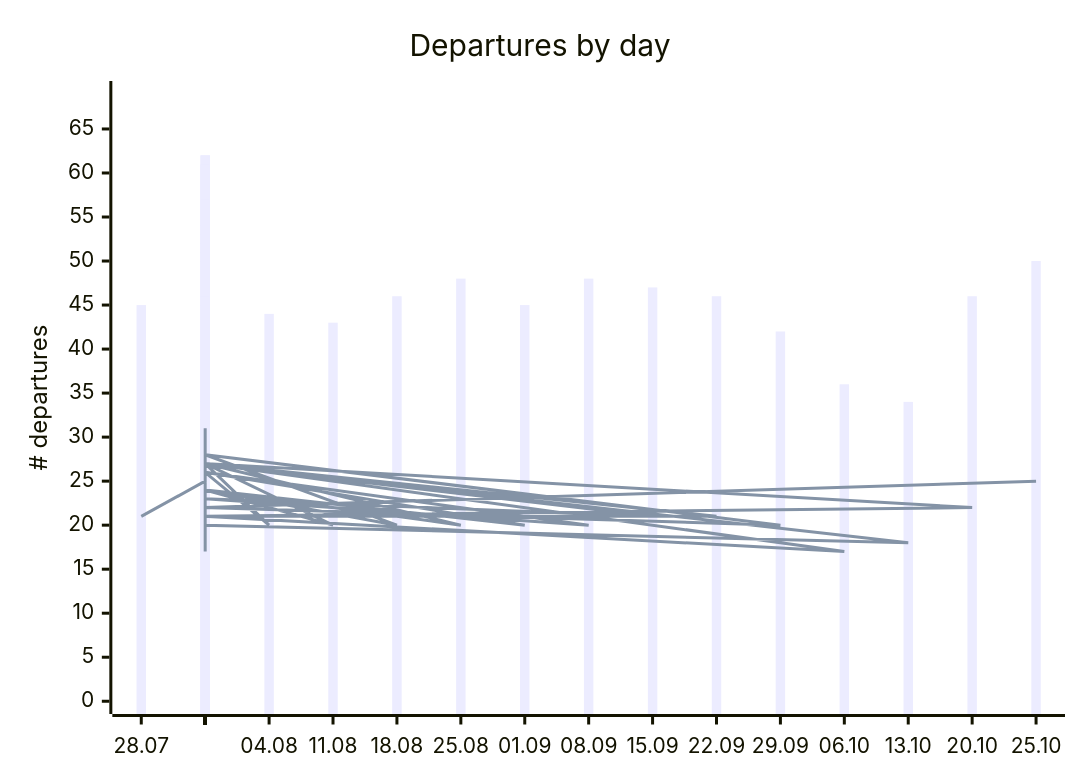
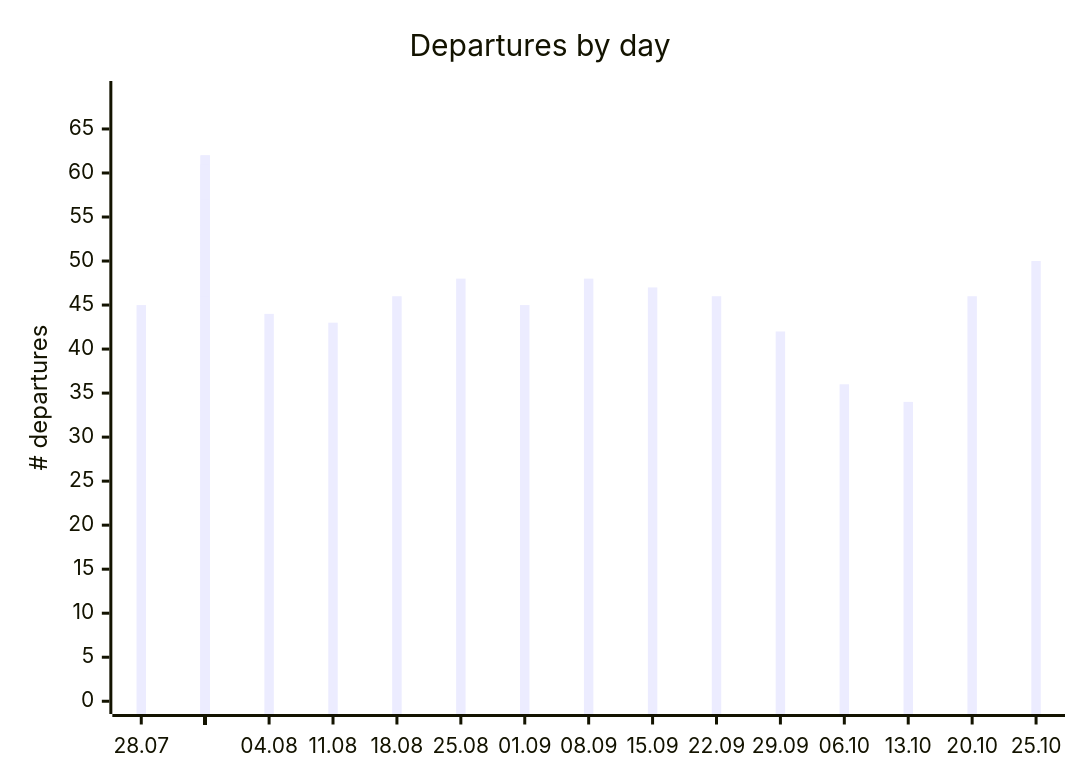
One commit to rainermesi/tll-airport-departures changed the first of 3 diagrams in README.md. Above: the diagram before and after it, drawn with Mermaid. The commit also changed other lines of this file and 5 other files, not shown here.

First line of the commit message:
Fix the destination diagram and explain each terminal hour.

````diff
--- a/README.md
+++ b/README.md
@@ -14,13 +14,12 @@
 ```mermaid
 ---
 xyChart:
     xAxis:
       labelFontSize: 8
 ---
 xychart-beta
     title "Departures by day"
     x-axis ["28.07", " ", " ", " ", " ", " ", " ", "04.08", " ", " ", " ", " ", " ", " ", "11.08", " ", " ", " ", " ", " ", " ", "18.08", " ", " ", " ", " ", " ", " ", "25.08", " ", " ", " ", " ", " ", " ", "01.09", " ", " ", " ", " ", " ", " ", "08.09", " ", " ", " ", " ", " ", " ", "15.09", " ", " ", " ", " ", " ", " ", "22.09", " ", " ", " ", " ", " ", " ", "29.09", " ", " ", " ", " ", " ", " ", "06.10", " ", " ", " ", " ", " ", " ", "13.10", " ", " ", " ", " ", " ", " ", "20.10", " ", " ", " ", " ", "25.10"]
     y-axis "# departures" 0 --> 69
     bar [45, 53, 57, 60, 42, 56, 55, 44, 50, 51, 62, 45, 57, 58, 43, 53, 54, 61, 48, 57, 60, 46, 54, 55, 60, 43, 58, 58, 48, 54, 33, 32, 34, 52, 54, 45, 54, 49, 62, 42, 56, 57, 48, 53, 52, 61, 44, 54, 56, 47, 51, 52, 59, 43, 52, 55, 46, 51, 53, 57, 40, 48, 54, 42, 46, 52, 54, 40, 48, 50, 36, 45, 46, 53, 35, 49, 50, 34, 46, 52, 58, 44, 55, 56, 46, 48, 52, 57, 46, 50]
-    line [21, 25, 26, 30, 21, 29, 27, 20, 26, 23, 31, 23, 30, 27, 20, 24, 22, 29, 23, 28, 28, 20, 24, 23, 30, 22, 29, 27, 20, 24, 17, 18, 18, 26, 26, 20, 24, 22, 29, 20, 26, 26, 20, 23, 22, 29, 21, 26, 27, 21, 23, 24, 28, 21, 27, 27, 21, 21, 23, 29, 20, 26, 28, 20, 22, 25, 29, 19, 28, 27, 17, 21, 22, 27, 19, 27, 27, 18, 20, 23, 29, 21, 27, 27, 22, 21, 23, 29, 22, 25]
 ```
````
